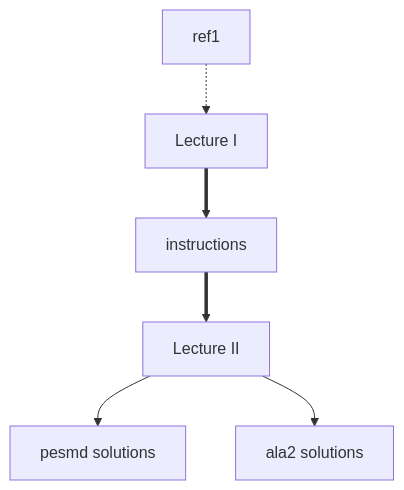
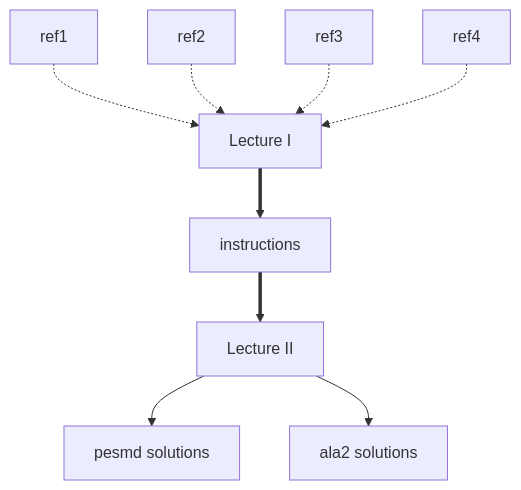
The diagram in NAVIGATION.md (hockyg/plumed-eds-masterclass), drawn with Mermaid before and after one commit.

Commit message:
update Navigation graph

````diff
--- a/NAVIGATION.md
+++ b/NAVIGATION.md
@@ -13,14 +13,20 @@
 ```mermaid
 flowchart TB;
-  A[ref1] -.-> B[Lecture I];
-  B ==> C[instructions];
-  C ==> D[Lecture II];
-  D --> E[pesmd solutions];
-  D --> F[ala2 solutions];
+  A[ref1] -.-> E[Lecture I];
+  B[ref2] -.-> E;
+  C[ref3] -.-> E;
+  D[ref4] -.-> E;
+  E ==> F[instructions];
+  F ==> G[Lecture II];
+  G --> H[pesmd solutions];
+  G --> I[ala2 solutions];
   click A "ref1" "A previous tutorial that introduces the basics of PLUMED syntax";
-  click B "video1" "A lecture that was given on April 26th 2022 as part of the plumed masterclass series that introduces you to the exercises in this lesson";
-  click C "INSTRUCTIONS.md" "Instructions for the exercise that you are supposed to complete";
-  click D "video2" "A lecture that was given on May 2nd 2022 as part of the plumed masterclass series that goes through the solutions to the exercises in the lesson";
-  click E "pes_md/pesmd_analysis.ipynb" "A python notebook that contains solutions to the first set of exercises that use pesmd";
-  click F "plain_md/ala2_analysis.ipynb" "A python notebook where that contains solutions to the second set of exercises that involve alanine dipeptide";
+  click B "ref2" "The original paper describing the Experiment Directed Simulation (EDS) Method";
+  click C "ref3" "A paper applying EDS to DFT water, where the EDS module was implemented";
+  click D "ref4" "A paper describing the Coarse-Grained Directed Simulation Method (CGDS), which enhanced the EDS software";
+  click E "video1" "A lecture that was given on April 26th 2022 as part of the plumed masterclass series that introduces you to the exercises in this lesson";
+  click F "INSTRUCTIONS.md" "Instructions for the exercise that you are supposed to complete";
+  click G "video2" "A lecture that was given on May 2nd 2022 as part of the plumed masterclass series that goes through the solutions to the exercises in the lesson";
+  click H "pes_md/pesmd_analysis.ipynb" "A python notebook that contains solutions to the first set of exercises that use pesmd";
+  click I "plain_md/ala2_analysis.ipynb" "A python notebook where that contains solutions to the second set of exercises that involve alanine dipeptide";
 ```
````
